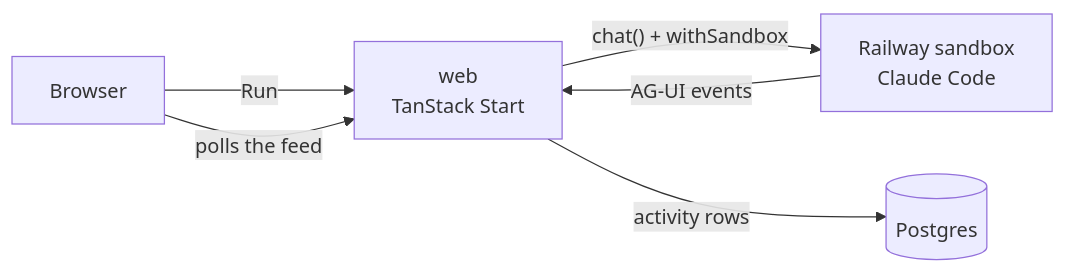
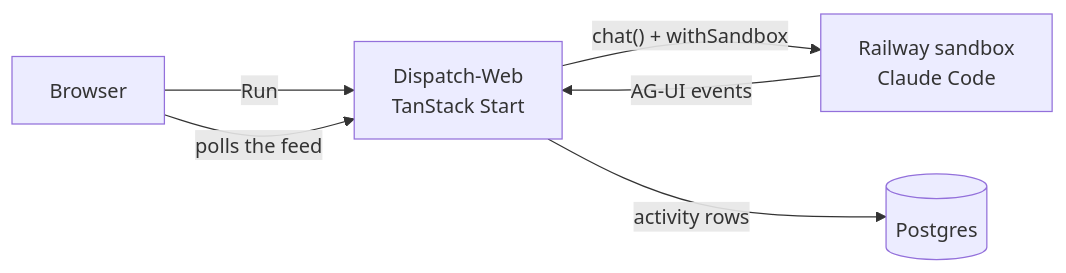
The diagram in README.md (railwayapp/railway-tanstack-start-sandbox-template), drawn with Mermaid before and after one commit. The commit also changed other lines of this file and 2 other files, not shown here.

Commit message:
Name the app service Dispatch-Web to match the template

````diff
--- a/README.md
+++ b/README.md
@@ -44,8 +44,8 @@
 ```mermaid
 flowchart LR
-  browser["Browser"] -- "Run" --> web["web<br/>TanStack Start"]
+  browser["Browser"] -- "Run" --> web["Dispatch-Web<br/>TanStack Start"]
   web -- "chat() + withSandbox" --> sandbox["Railway sandbox<br/>Claude Code"]
   sandbox -- "AG-UI events" --> web
   web -- "activity rows" --> db[("Postgres")]
   browser -- "polls the feed" --> web
 ```
````
